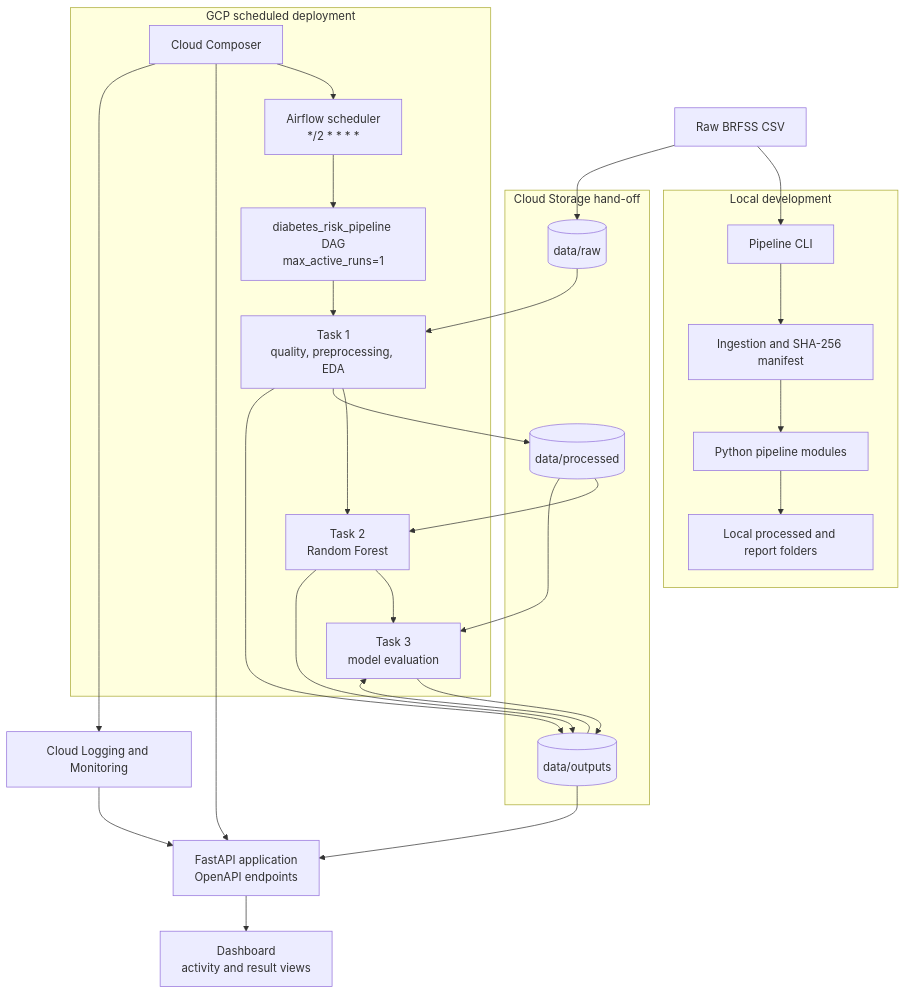
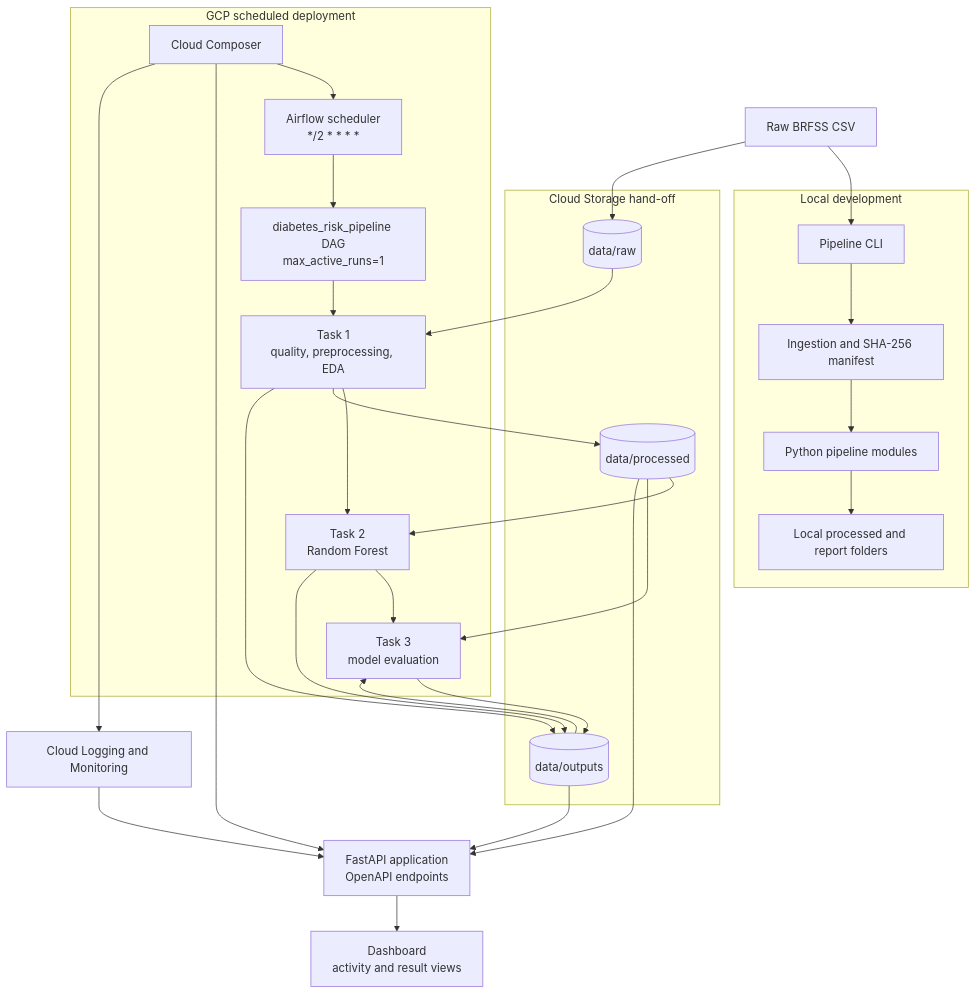
One commit to sanjaykumarpushadapu/Assignment-APIDrivenCloudNativeSolutions-AIMLCZG549 changed the diagram in Assignment-1/docs/report/REPORT.md. Above: the diagram before and after it, drawn with Mermaid. The commit also changed other lines of this file and 5 other files, not shown here.

````diff
--- a/Assignment-1/docs/report/REPORT.md
+++ b/Assignment-1/docs/report/REPORT.md
@@ -25,49 +69,50 @@
 ```mermaid
 flowchart TB
   source[Raw BRFSS CSV]
 
   subgraph local[Local development]
     cli[Pipeline CLI]
     ingest[Ingestion and SHA-256 manifest]
     pipeline[Python pipeline modules]
     localOutputs[Local processed and report folders]
     cli --> ingest --> pipeline --> localOutputs
   end
 
   subgraph gcp[GCP scheduled deployment]
     composer[Cloud Composer]
     scheduler[Airflow scheduler<br/>*/2 * * * *]
     dag[diabetes_risk_pipeline DAG<br/>max_active_runs=1]
     task1[Task 1<br/>quality, preprocessing, EDA]
     task2[Task 2<br/>Random Forest]
     task3[Task 3<br/>model evaluation]
     composer --> scheduler --> dag --> task1 --> task2 --> task3
   end
 
   subgraph storage[Cloud Storage hand-off]
     rawBucket[(data/raw)]
     processedBucket[(data/processed)]
     outputBucket[(data/outputs)]
   end
 
   source --> cli
   source --> rawBucket
   rawBucket --> task1
   task1 --> processedBucket
   task1 --> outputBucket
   processedBucket --> task2
   processedBucket --> task3
   task2 --> outputBucket
   outputBucket --> task3
   task3 --> outputBucket
 
   api[FastAPI application<br/>OpenAPI endpoints]
   dashboard[Dashboard<br/>activity and result views]
   monitoring[Cloud Logging and Monitoring]
 
   outputBucket --> api
+  processedBucket --> api
   composer --> api
   composer --> monitoring
   monitoring --> api
   api --> dashboard
 ```
````
